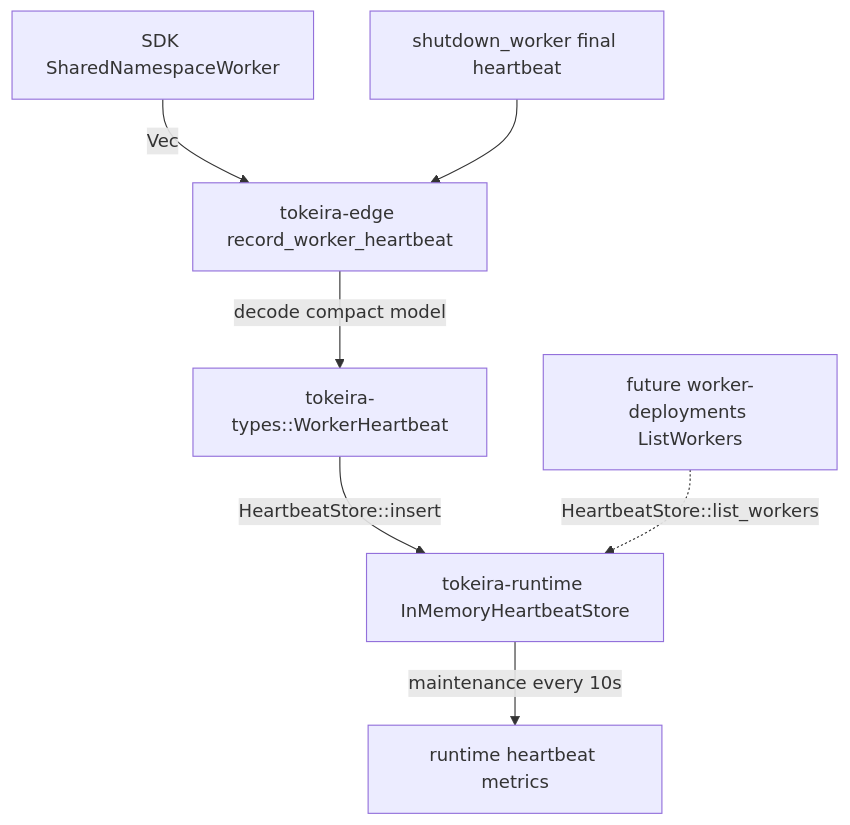
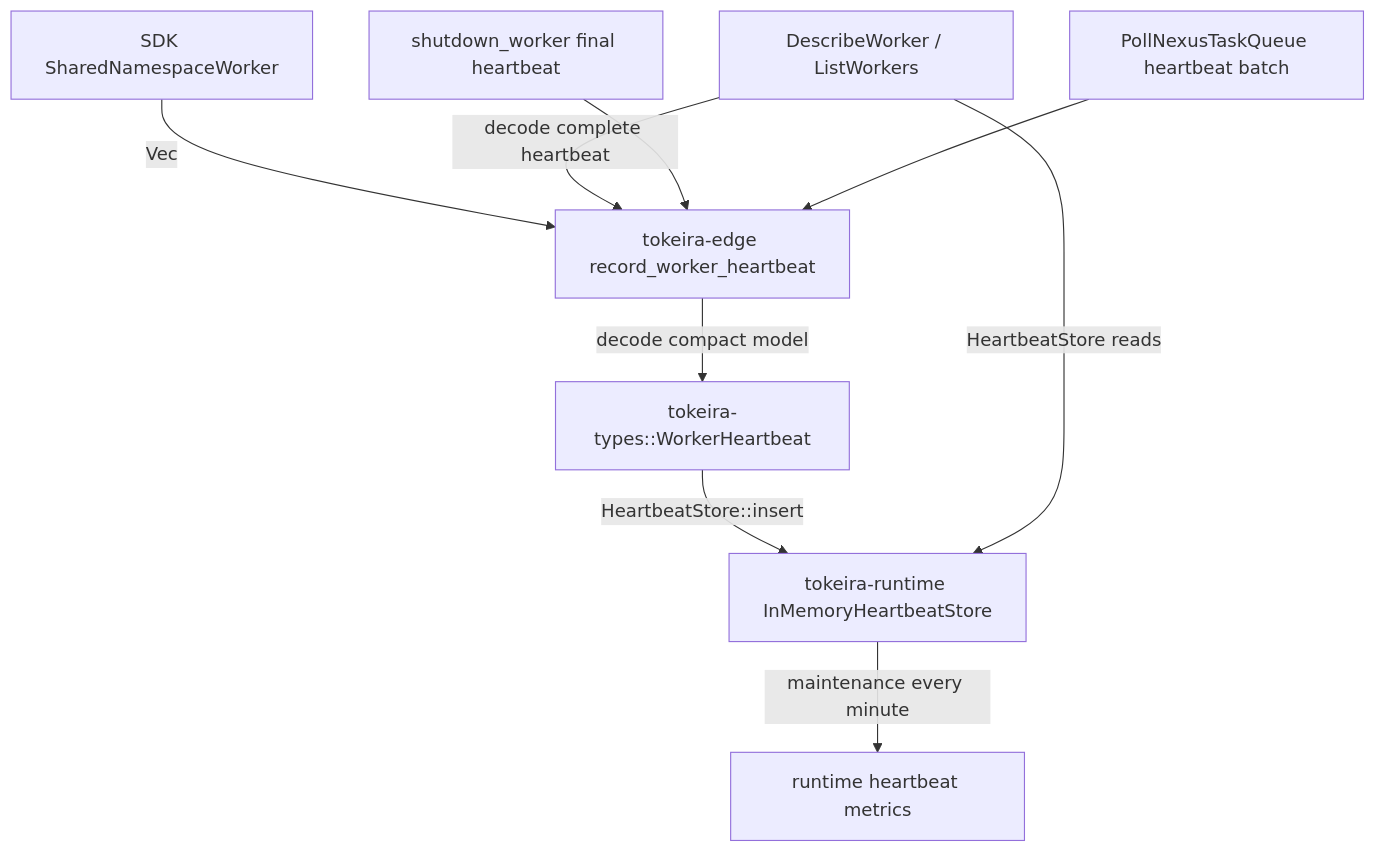
Before and after one commit to tokeira/tokeira: the diagram in .kiro/specs/worker-heartbeat-observability/design.md, drawn with Mermaid. The commit also changed other lines of this file and 17 other files, not shown here.

````diff
--- a/.kiro/specs/worker-heartbeat-observability/design.md
+++ b/.kiro/specs/worker-heartbeat-observability/design.md
@@ -9,9 +9,11 @@
 ```mermaid
 graph TD
     SDK["SDK SharedNamespaceWorker"] -->|"Vec<WorkerHeartbeat proto>"| EDGE["tokeira-edge record_worker_heartbeat"]
     EDGE -->|"decode compact model"| MODEL["tokeira-types::WorkerHeartbeat"]
     MODEL -->|"HeartbeatStore::insert"| STORE["tokeira-runtime InMemoryHeartbeatStore"]
-    STORE -->|"maintenance every 10s"| METRICS["runtime heartbeat metrics"]
-    FUTURE["future worker-deployments ListWorkers"] -.->|"HeartbeatStore::list_workers"| STORE
+    STORE -->|"maintenance every minute"| METRICS["runtime heartbeat metrics"]
+    QUERY["DescribeWorker / ListWorkers"] -->|"HeartbeatStore reads"| STORE
+    QUERY -->|"decode complete heartbeat"| EDGE
     SHUTDOWN["shutdown_worker final heartbeat"] --> EDGE
+    NEXUS["PollNexusTaskQueue heartbeat batch"] --> EDGE
 ```
````
